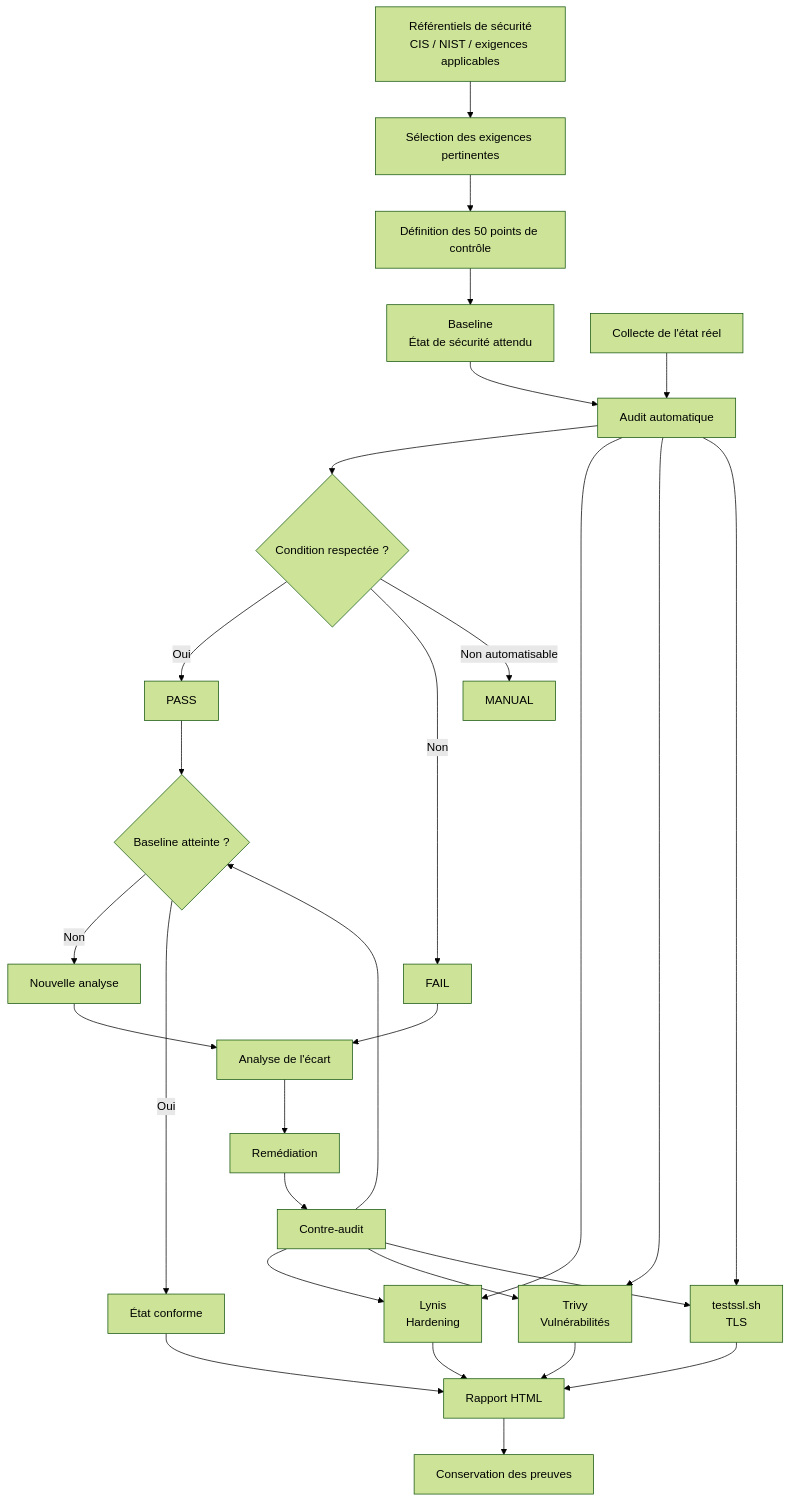
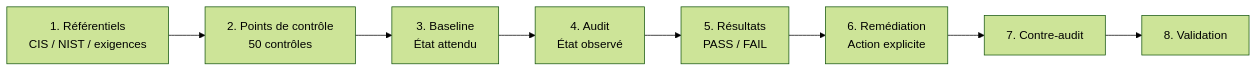
One commit to Hukago7/debian13-nginx-compliance changed the first of 5 diagrams in docs/strategy.md. Above: the diagram before and after it, drawn with Mermaid (forest theme). The commit also changed other lines of this file and 1 other file, not shown here.

````diff
--- a/docs/strategy.md
+++ b/docs/strategy.md
@@ -33,71 +32,19 @@
 ```mermaid
-flowchart TD
-
-    A["Référentiels de sécurité<br/>CIS / NIST / exigences applicables"]
-    B["Sélection des exigences pertinentes"]
-    C["Définition des 50 points de contrôle"]
-    D["Baseline<br/>État de sécurité attendu"]
-
-    E["Collecte de l'état réel"]
-    F["Audit automatique"]
-    G{"Condition respectée ?"}
-
-    H["PASS"]
-    I["FAIL"]
-    J["MANUAL"]
-
-    K["Analyse de l'écart"]
-    L["Remédiation"]
-    M["Contre-audit"]
-
-    N{"Baseline atteinte ?"}
-    O["État conforme"]
-    P["Nouvelle analyse"]
-
-    Q["Lynis<br/>Hardening"]
-    R["Trivy<br/>Vulnérabilités"]
-    S["testssl.sh<br/>TLS"]
-
-    T["Rapport HTML"]
-    U["Conservation des preuves"]
+flowchart LR
+    A["1. Référentiels<br/>CIS / NIST / exigences"]
+    B["2. Points de contrôle<br/>50 contrôles"]
+    C["3. Baseline<br/>État attendu"]
+    D["4. Audit<br/>État observé"]
+    E["5. Résultats<br/>PASS / FAIL"]
+    F["6. Remédiation<br/>Action explicite"]
+    G["7. Contre-audit"]
+    H["8. Validation"]
 
     A --> B
     B --> C
     C --> D
-
-    D --> F
+    D --> E
     E --> F
-
     F --> G
-
-    G -->|Oui| H
-    G -->|Non| I
-    G -->|Non automatisable| J
-
-    I --> K
-    K --> L
-    L --> M
-
-    H --> N
-    M --> N
-
-    N -->|Non| P
-    P --> K
-
-    N -->|Oui| O
-
-    F --> Q
-    F --> R
-    F --> S
-
-    M --> Q
-    M --> R
-    M --> S
-
-    O --> T
-    Q --> T
-    R --> T
-    S --> T
-
-    T --> U
+    G --> H
 ```
````
